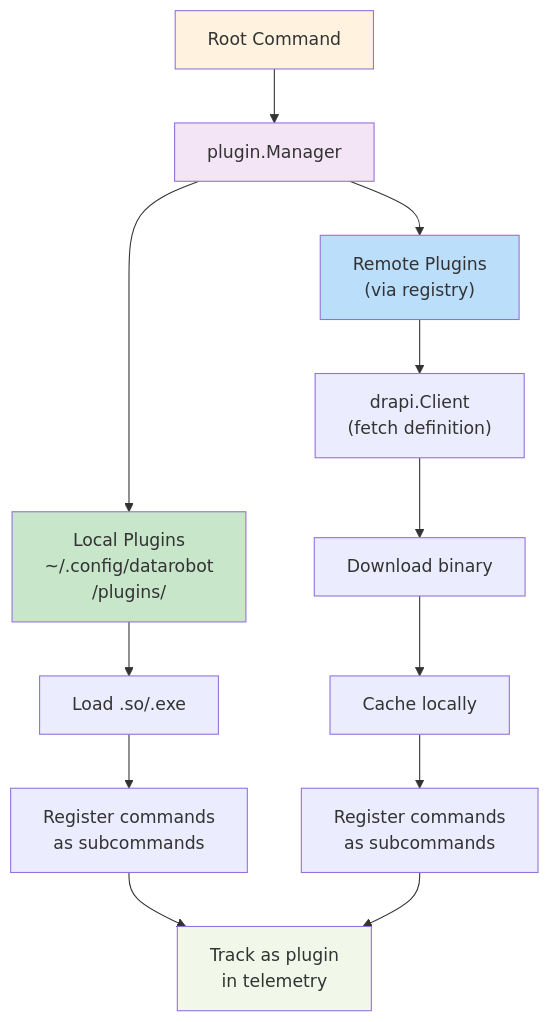
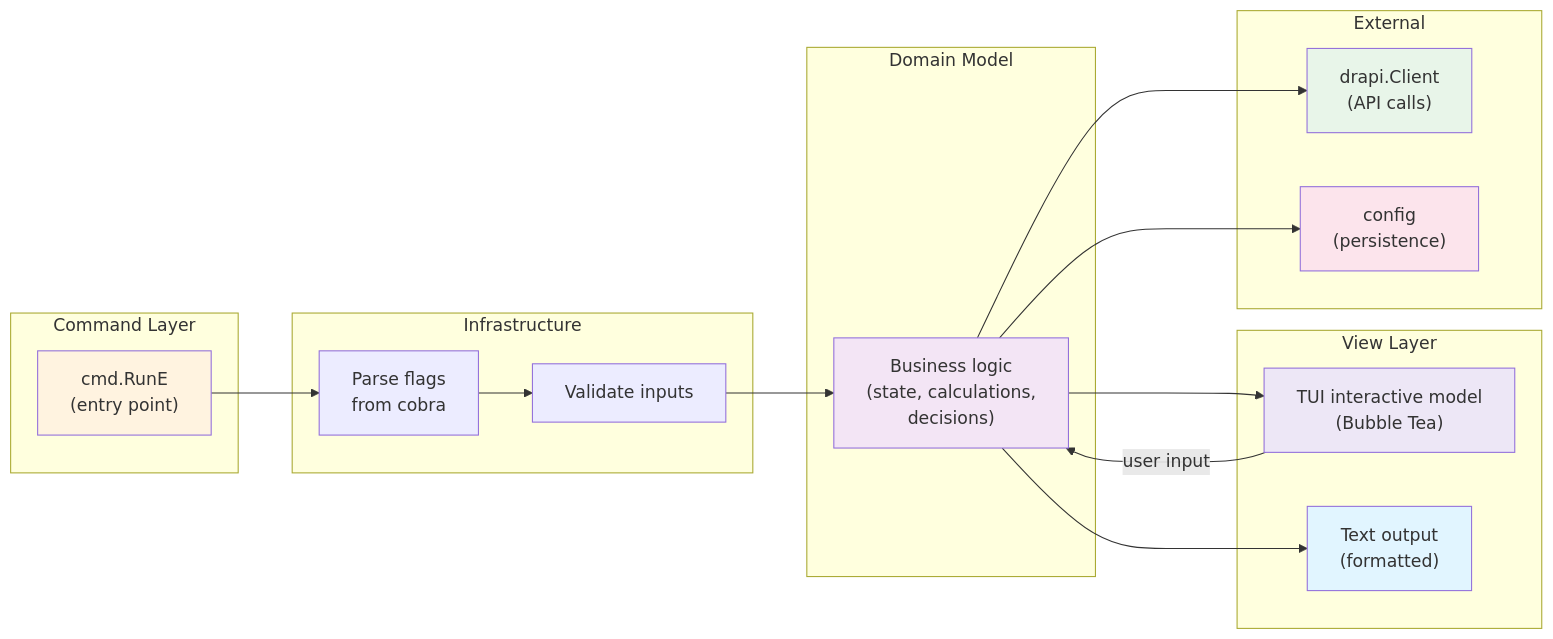
Before and after one commit to datarobot-oss/cli: the fourth of 5 diagrams in docs/development/architecture.md, drawn with Mermaid. The commit also changed other lines of this file, not shown here.

First line of the commit message:
Simplify architecture.md to focus on key diagrams

````diff
--- a/docs/development/architecture.md
+++ b/docs/development/architecture.md
@@ -233,27 +99,43 @@
 ```mermaid
-graph TD
-    ROOT["Root Command"]
-    PLUGMGR["plugin.Manager"]
+graph LR
+    subgraph "Command Layer"
+        CMD["cmd.RunE<br/>(entry point)"]
+    end
     
-    ROOT --> PLUGMGR
+    subgraph "Infrastructure"
+        PARSE["Parse flags<br/>from cobra"]
+        VALIDATE["Validate inputs"]
+    end
     
-    PLUGMGR --> LOCAL["Local Plugins<br/>~/.config/datarobot<br/>/plugins/"]
-    PLUGMGR --> REMOTE["Remote Plugins<br/>(via registry)"]
+    subgraph "Domain Model"
+        MODEL["Business logic<br/>(state, calculations,<br/>decisions)"]
+    end
     
-    LOCAL --> LD1["Load .so/.exe"]
-    LD1 --> REG1["Register commands<br/>as subcommands"]
+    subgraph "View Layer"
+        TUI["TUI interactive model<br/>(Bubble Tea)"]
+        TEXT["Text output<br/>(formatted)"]
+    end
     
-    REMOTE --> API["drapi.Client<br/>(fetch definition)"]
-    API --> LD2["Download binary"]
-    LD2 --> CACHE["Cache locally"]
-    CACHE --> REG2["Register commands<br/>as subcommands"]
+    subgraph "External"
+        API["drapi.Client<br/>(API calls)"]
+        CONFIG["config<br/>(persistence)"]
+    end
     
-    REG1 --> TEL["Track as plugin<br/>in telemetry"]
-    REG2 --> TEL
+    CMD --> PARSE
+    PARSE --> VALIDATE
+    VALIDATE --> MODEL
     
-    style ROOT fill:#fff3e0
-    style PLUGMGR fill:#f3e5f5
-    style LOCAL fill:#c8e6c9
-    style REMOTE fill:#bbdefb
-    style TEL fill:#f1f8e9
+    MODEL --> TUI
+    MODEL --> TEXT
+    MODEL --> API
+    MODEL --> CONFIG
+    
+    TUI -->|user input| MODEL
+    
+    style CMD fill:#fff3e0
+    style MODEL fill:#f3e5f5
+    style TUI fill:#ede7f6
+    style TEXT fill:#e1f5ff
+    style API fill:#e8f5e9
+    style CONFIG fill:#fce4ec
 ```
````
